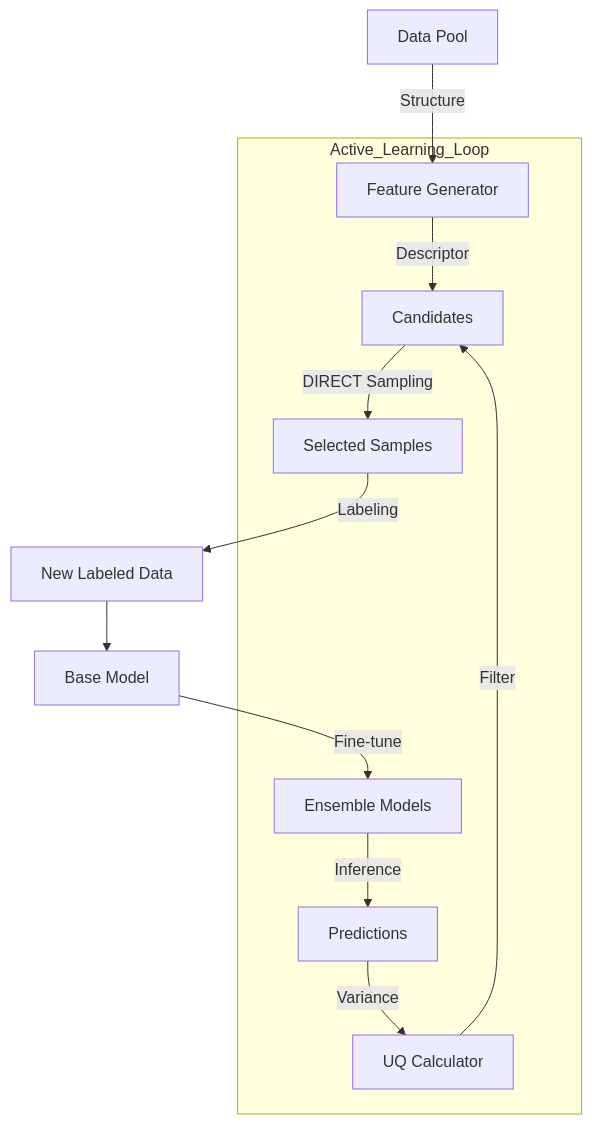
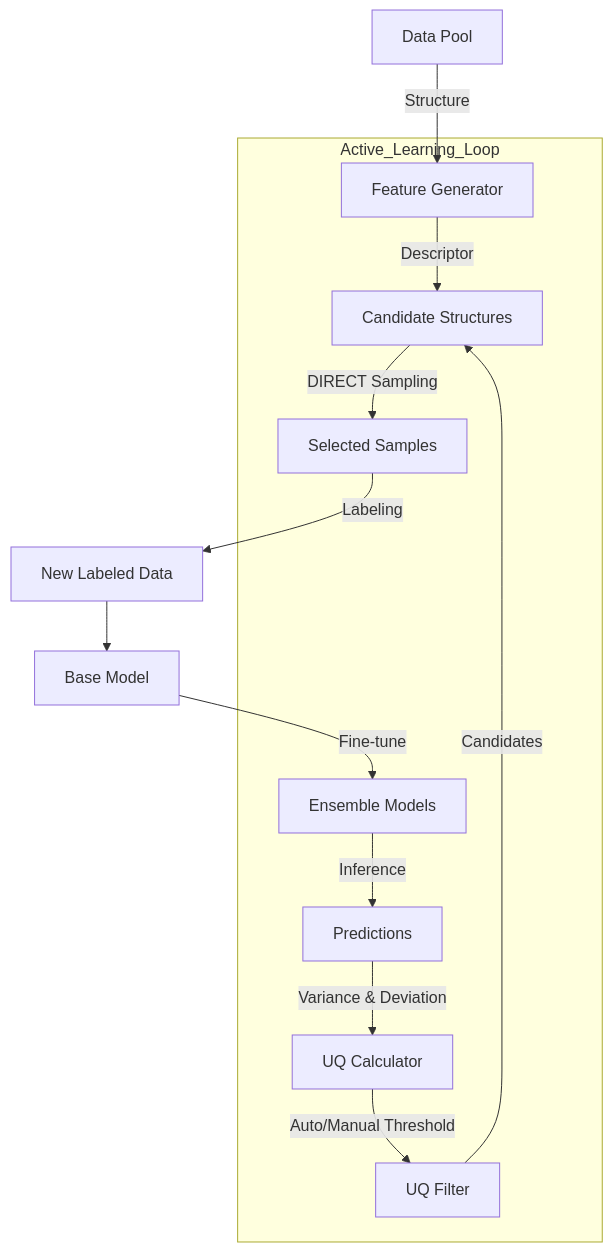
One commit to QuantumMisaka/dpeva changed the diagram in .trae/documents/DP-EVA_Project_Developer_Guide.md. Above: the diagram before and after it, drawn with Mermaid. The commit also changed other lines of this file and 2 other files, not shown here.

````diff
--- a/.trae/documents/DP-EVA_Project_Developer_Guide.md
+++ b/.trae/documents/DP-EVA_Project_Developer_Guide.md
@@ -47,17 +53,18 @@
 ```mermaid
 graph TD
     DataPool[Data Pool] -->|Structure| Feature[Feature Generator]
     BaseModel[Base Model] -->|Fine-tune| Ensemble[Ensemble Models]
     
     subgraph Active_Learning_Loop
         Ensemble -->|Inference| Preds[Predictions]
-        Preds -->|Variance| UQ[UQ Calculator]
-        UQ -->|Filter| Candidates[Candidates]
+        Preds -->|Variance & Deviation| UQ[UQ Calculator]
+        UQ -->|Auto/Manual Threshold| Filter[UQ Filter]
+        Filter -->|Candidates| Candidates[Candidate Structures]
         
         Feature -->|Descriptor| Candidates
         Candidates -->|DIRECT Sampling| Selected[Selected Samples]
     end
     
     Selected -->|Labeling| LabeledData[New Labeled Data]
     LabeledData --> BaseModel
 ```
````
